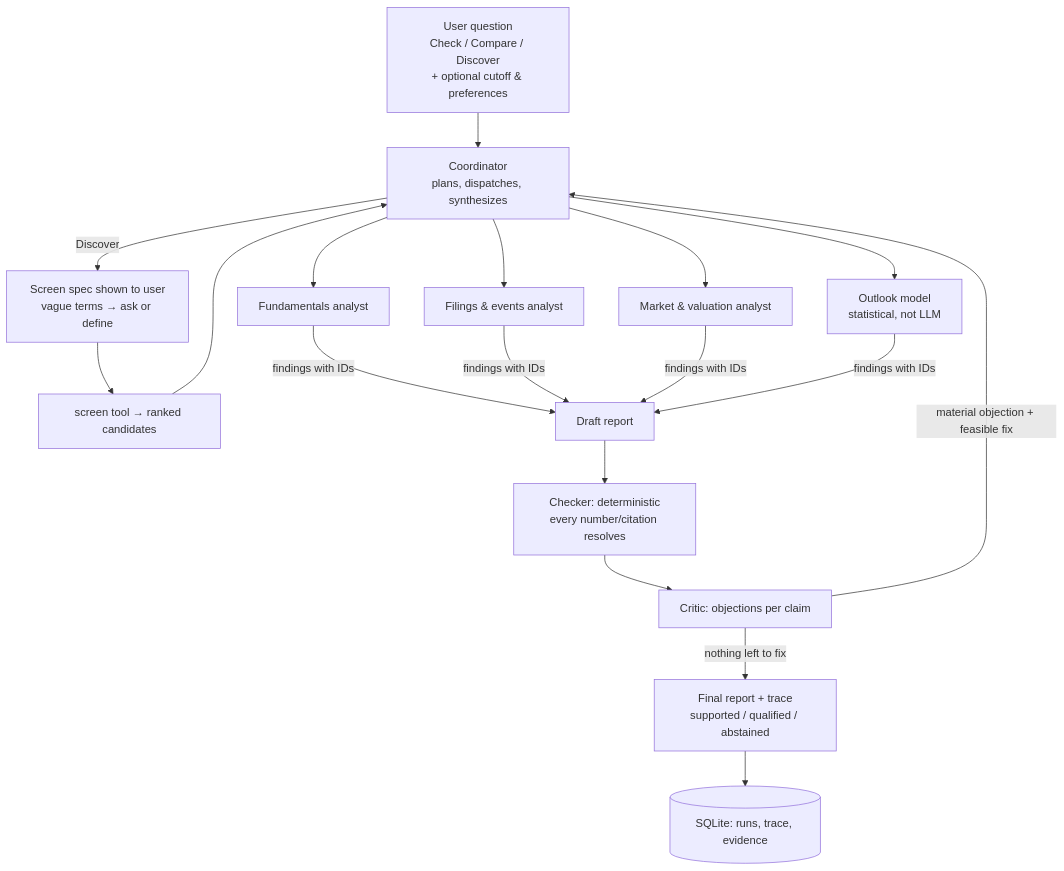
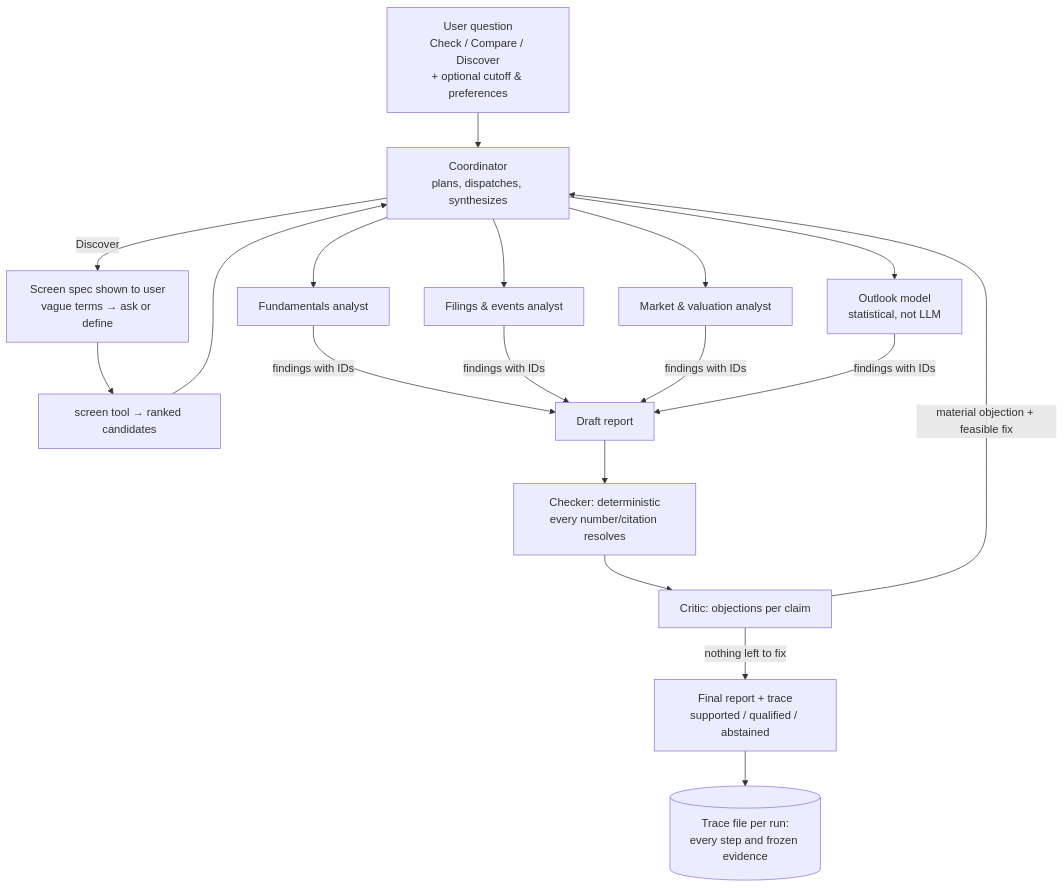
Before and after one commit to ivan00105/Agentic-System-for-Investment-Research: the first of 2 diagrams in PROJECT_GUIDE.md, drawn with Mermaid. The commit also changed other lines of this file and 1 other file, not shown here.

First line of the commit message:
docs(guide): bring the TL;DR, flowcharts and Phase 8 notes up to date

````diff
--- a/PROJECT_GUIDE.md
+++ b/PROJECT_GUIDE.md
@@ -65,17 +65,17 @@
 ```mermaid
 flowchart TD
     U[User question<br/>Check / Compare / Discover<br/>+ optional cutoff & preferences] --> CO[Coordinator<br/>plans, dispatches, synthesizes]
     CO -->|Discover| SS[Screen spec shown to user<br/>vague terms → ask or define]
     SS --> SC[screen tool → ranked candidates]
     SC --> CO
     CO --> FA[Fundamentals analyst]
     CO --> FE[Filings & events analyst]
     CO --> MV[Market & valuation analyst]
     CO --> OM[Outlook model<br/>statistical, not LLM]
     FA & FE & MV & OM -->|findings with IDs| DR[Draft report]
     DR --> CK[Checker: deterministic<br/>every number/citation resolves]
     CK --> CR[Critic: objections per claim]
     CR -->|material objection + feasible fix| CO
     CR -->|nothing left to fix| FIN[Final report + trace<br/>supported / qualified / abstained]
-    FIN --> DB[(SQLite: runs, trace, evidence)]
+    FIN --> TR[(Trace file per run:<br/>every step and frozen evidence)]
 ```
````
